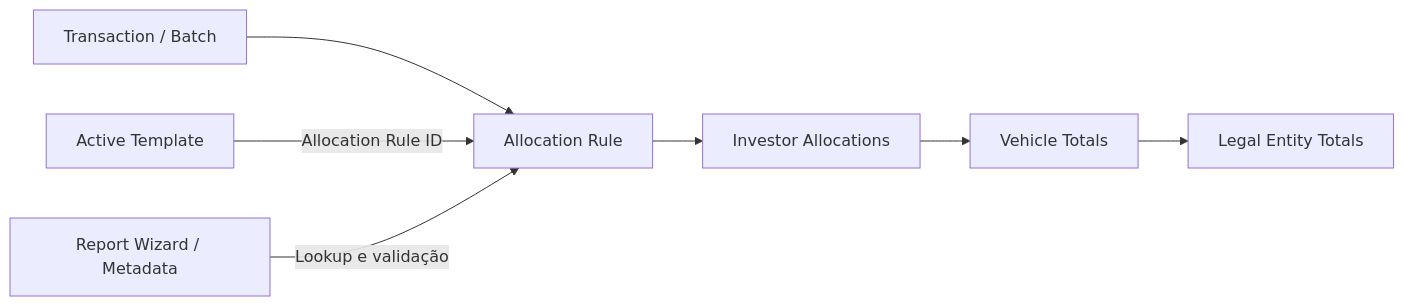
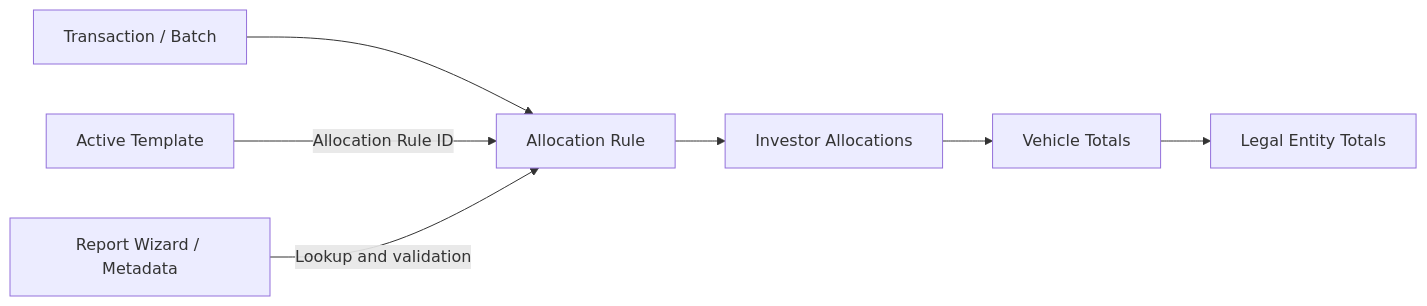
Before and after one commit to msekimoto/investran: the diagram in docs/allocation-rules/README.md, drawn with Mermaid. The commit also changed other lines of this file and 52 other files, not shown here.

````diff
--- a/docs/allocation-rules/README.md
+++ b/docs/allocation-rules/README.md
@@ -51,9 +45,9 @@
 ```mermaid
 flowchart LR
     TX[Transaction / Batch] --> AR[Allocation Rule]
     AR --> INV[Investor Allocations]
     INV --> VEH[Vehicle Totals]
     VEH --> LE[Legal Entity Totals]
     AT[Active Template] -->|Allocation Rule ID| AR
-    RW[Report Wizard / Metadata] -->|Lookup e validação| AR
+    RW[Report Wizard / Metadata] -->|Lookup and validation| AR
 ```
````
